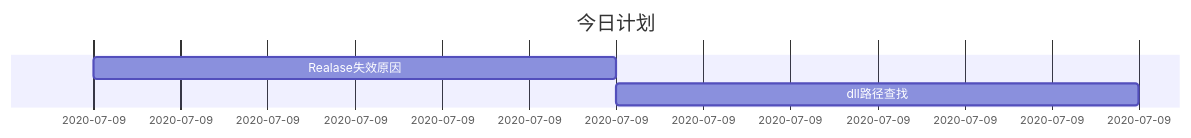
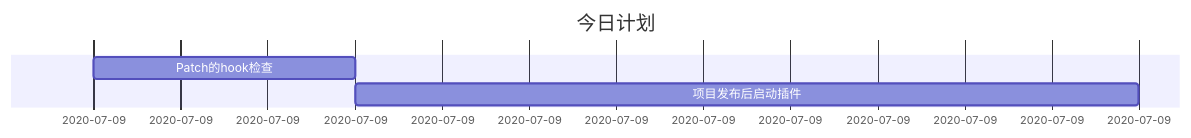
Before and after one commit to luotianqi777/Notebook: the second of 2 diagrams in Plan.md, drawn with Mermaid. The commit also changed other lines of this file and 1 other file, not shown here.

````diff
--- a/Plan.md
+++ b/Plan.md
@@ -20,7 +20,7 @@
 ```mermaid
 gantt
 dateFormat  HH:mm
 title 今日计划
-Realase失效原因: 09:00,15:00
-dll路径查找: 15:00,21:00
+Patch的hook检查: 09:00,12:00
+项目发布后启动插件: 12:00,21:00
 ```
````
